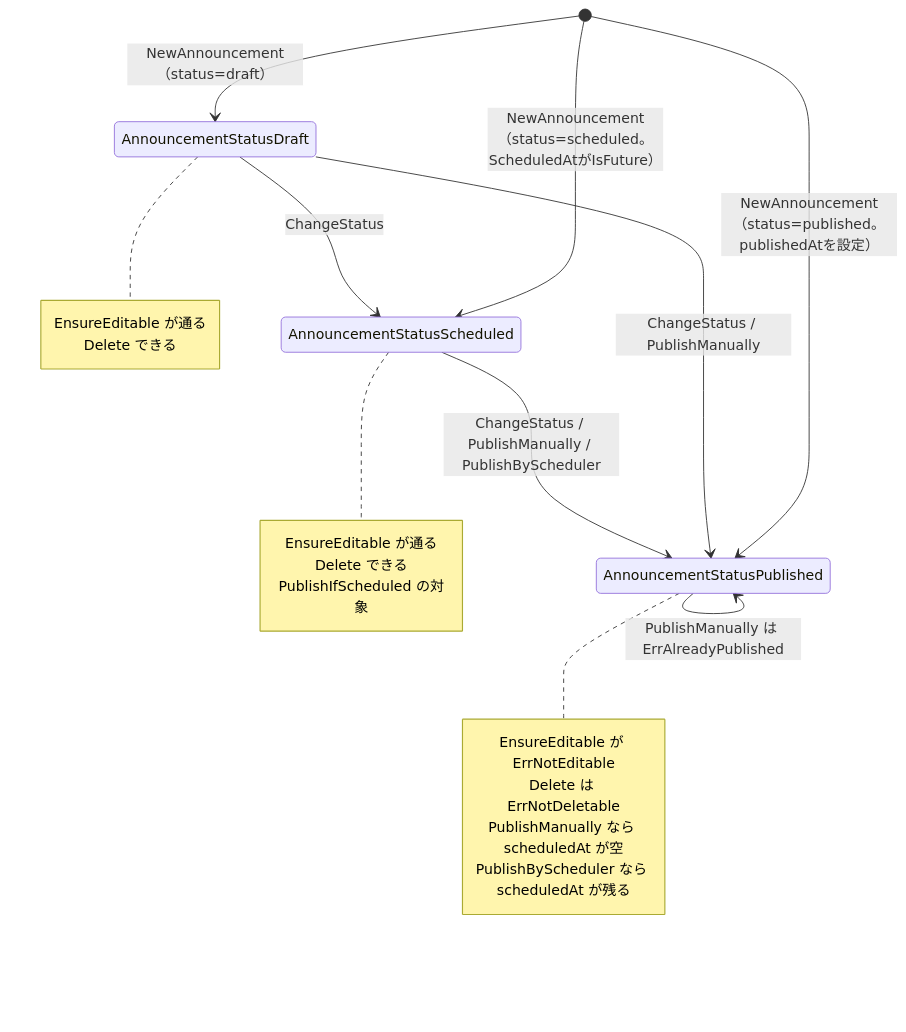
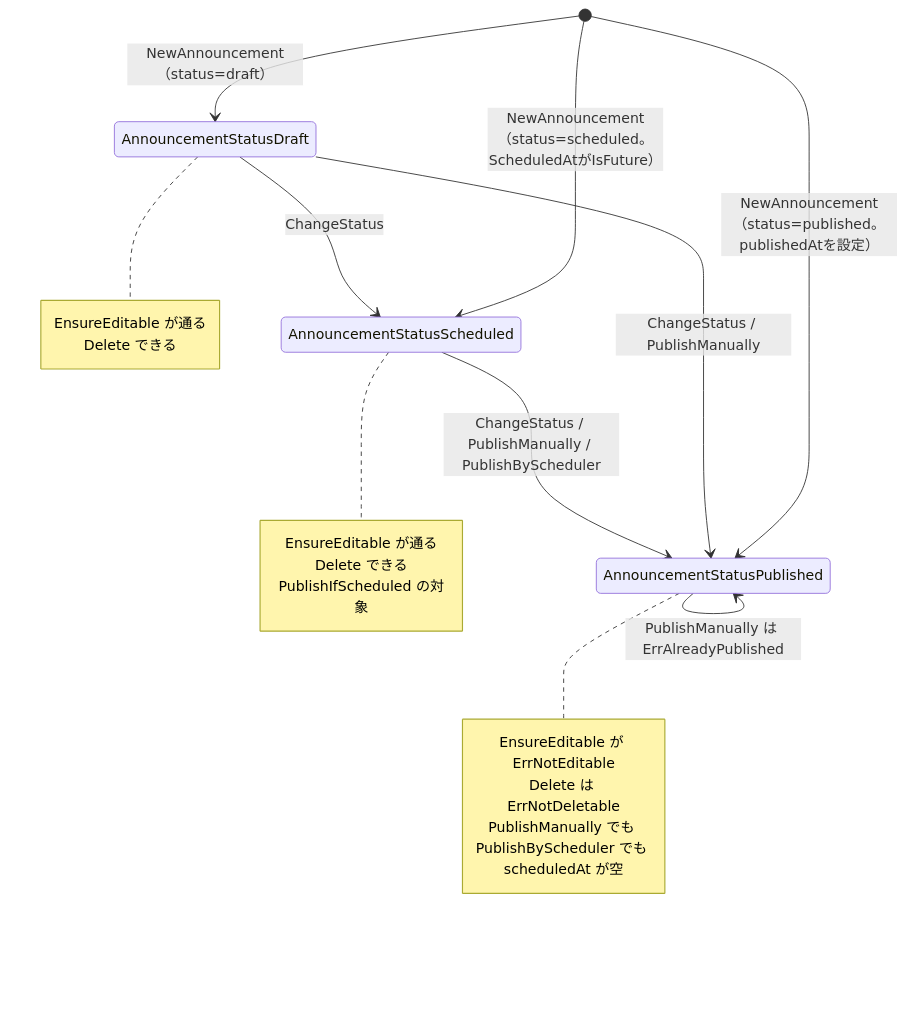
The second of 7 diagrams in 計画書/Go実装仕様書/教師お知らせ機能_Go実装仕様書_1_Domain・Infrastructure.md (yuta20253/edu-platform-go-design), drawn with Mermaid before and after one commit. The commit also changed other lines of this file and 71 other files, not shown here.

````diff
--- a/計画書/Go実装仕様書/教師お知らせ機能_Go実装仕様書_1_Domain・Infrastructure.md
+++ b/計画書/Go実装仕様書/教師お知らせ機能_Go実装仕様書_1_Domain・Infrastructure.md
@@ -620,28 +620,27 @@
 ```mermaid
 stateDiagram-v2
     [*] --> AnnouncementStatusDraft : NewAnnouncement（status=draft）
     [*] --> AnnouncementStatusScheduled : NewAnnouncement（status=scheduled。ScheduledAtがIsFuture）
     [*] --> AnnouncementStatusPublished : NewAnnouncement（status=published。publishedAtを設定）
 
     AnnouncementStatusDraft --> AnnouncementStatusScheduled : ChangeStatus
     AnnouncementStatusDraft --> AnnouncementStatusPublished : ChangeStatus / PublishManually
     AnnouncementStatusScheduled --> AnnouncementStatusPublished : ChangeStatus / PublishManually / PublishByScheduler
 
     AnnouncementStatusPublished --> AnnouncementStatusPublished : PublishManually は ErrAlreadyPublished
 
     note right of AnnouncementStatusDraft
         EnsureEditable が通る
         Delete できる
     end note
     note right of AnnouncementStatusScheduled
         EnsureEditable が通る
         Delete できる
         PublishIfScheduled の対象
     end note
     note right of AnnouncementStatusPublished
         EnsureEditable が ErrNotEditable
         Delete は ErrNotDeletable
-        PublishManually なら scheduledAt が空
-        PublishByScheduler なら scheduledAt が残る
+        PublishManually でも PublishByScheduler でも scheduledAt が空
     end note
 ```
````
